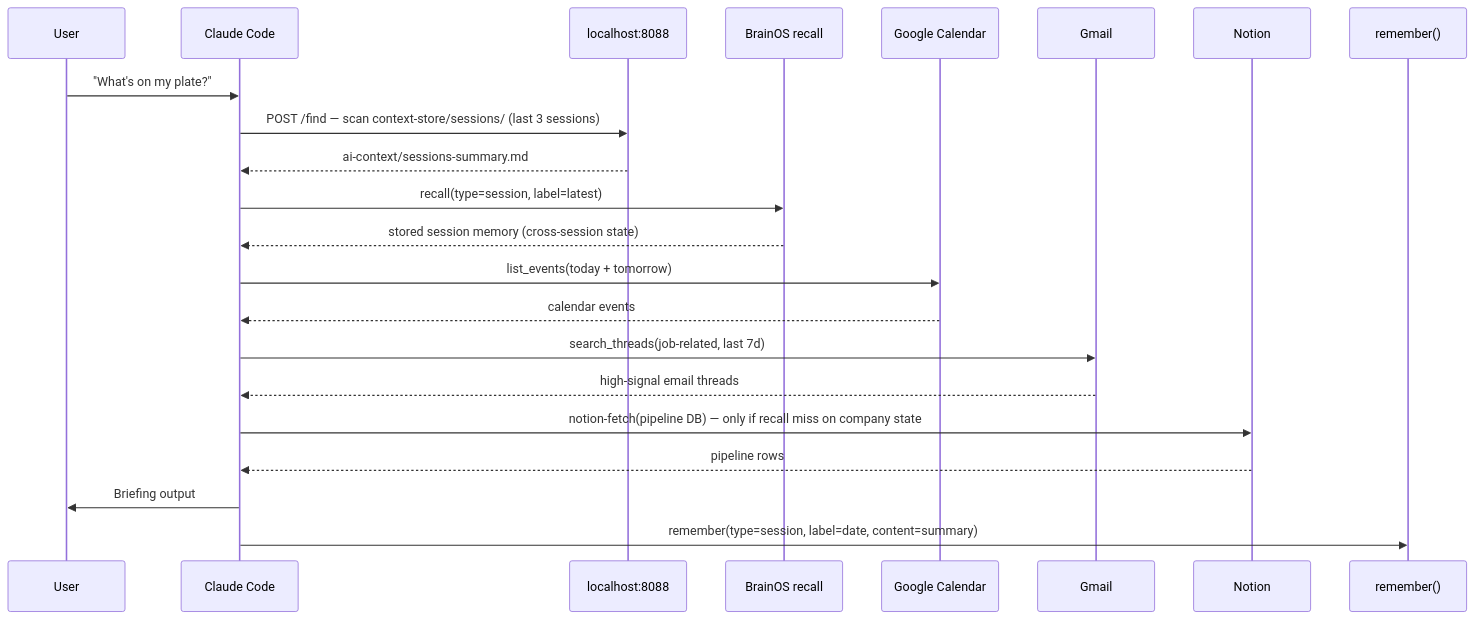
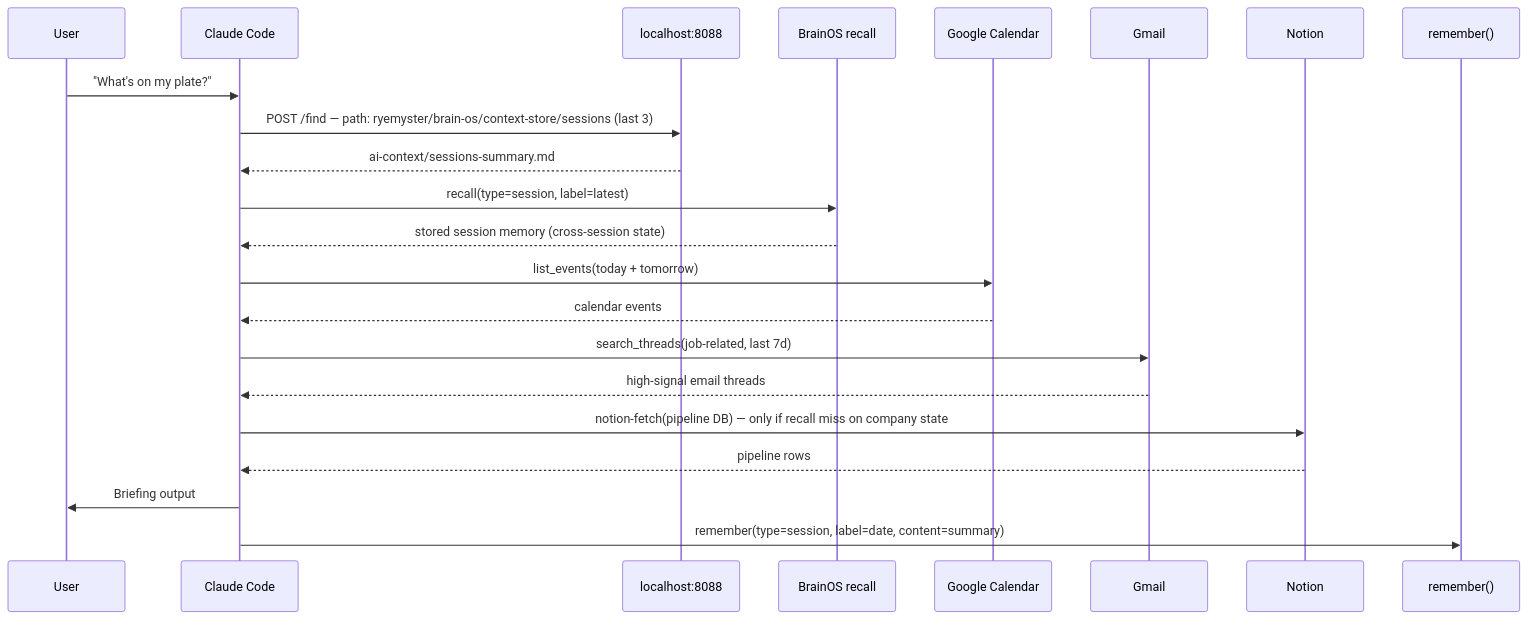
The second of 5 diagrams in .claude/ARCHITECTURE.md (ryemyster/brain-os), drawn with Mermaid before and after one commit. The commit also changed other lines of this file and 13 other files, not shown here.

First line of the commit message:
Wire localhost:8088/setup into full agent brain architecture

````diff
--- a/.claude/ARCHITECTURE.md
+++ b/.claude/ARCHITECTURE.md
@@ -84,25 +84,25 @@
 ```mermaid
 sequenceDiagram
     participant U as User
     participant CC as Claude Code
     participant CE as localhost:8088
     participant R as BrainOS recall
     participant GC as Google Calendar
     participant GM as Gmail
     participant NO as Notion
     participant W as remember()
 
     U->>CC: "What's on my plate?"
-    CC->>CE: POST /find — scan context-store/sessions/ (last 3 sessions)
+    CC->>CE: POST /find — path: ryemyster/brain-os/context-store/sessions (last 3)
     CE-->>CC: ai-context/sessions-summary.md
     CC->>R: recall(type=session, label=latest)
     R-->>CC: stored session memory (cross-session state)
     CC->>GC: list_events(today + tomorrow)
     GC-->>CC: calendar events
     CC->>GM: search_threads(job-related, last 7d)
     GM-->>CC: high-signal email threads
     CC->>NO: notion-fetch(pipeline DB) — only if recall miss on company state
     NO-->>CC: pipeline rows
     CC->>U: Briefing output
     CC->>W: remember(type=session, label=date, content=summary)
 ```
````
